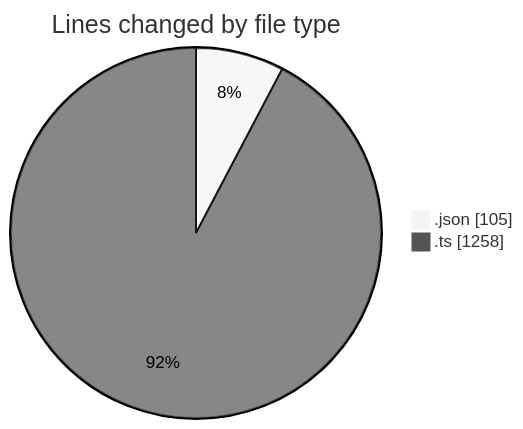
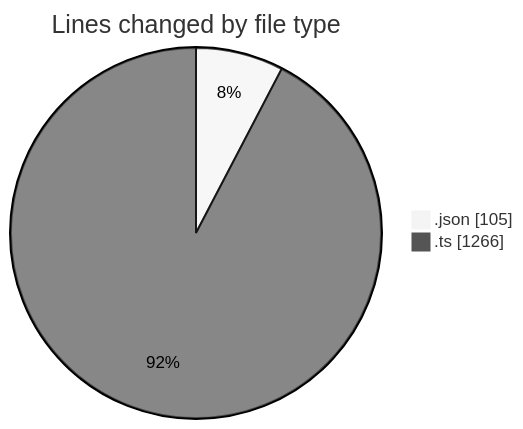
One commit to momahboobian/code-tracking changed the first of 2 diagrams in 2025-06-25/cda/README.md. Above: the diagram before and after it, drawn with Mermaid (neutral theme). The commit also changed other lines of this file and 1 other file, not shown here.

````diff
--- a/2025-06-25/cda/README.md
+++ b/2025-06-25/cda/README.md
@@ -25,6 +25,6 @@
 ```mermaid
 pie showData
 title Lines changed by file type
 ".json" : 105
-".ts" : 1258
+".ts" : 1266
 ```
````
